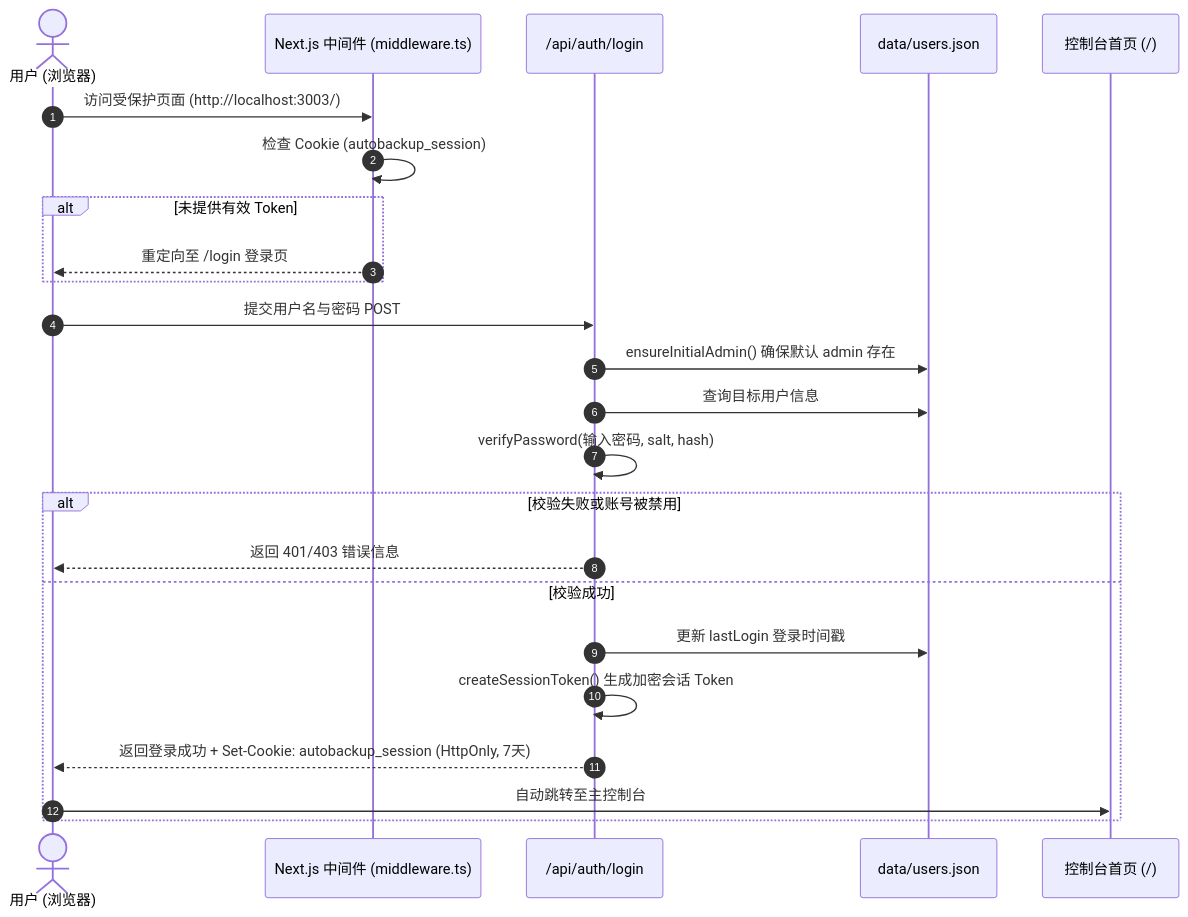
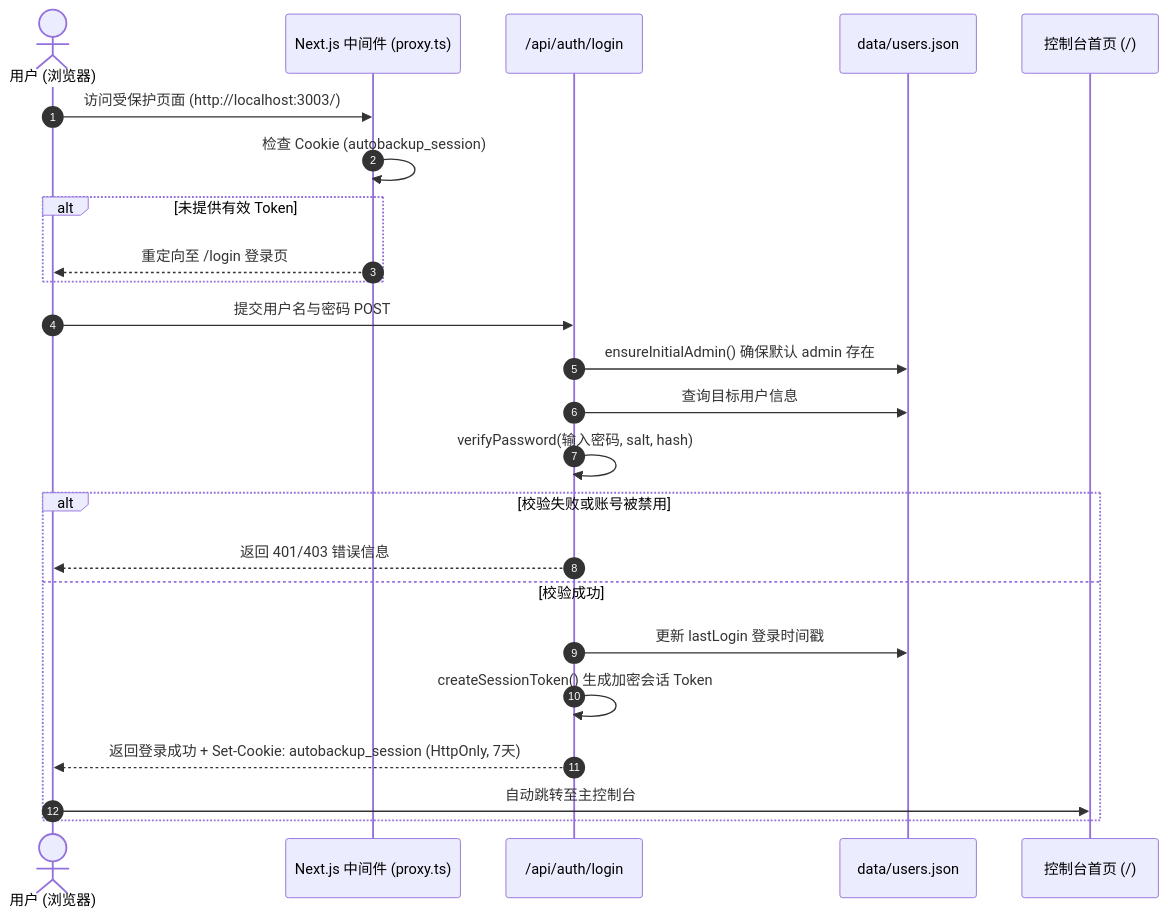
Before and after one commit to weiyang0903/autobackup: the first of 2 diagrams in docs/AUTHENTICATION_AND_USER_MANAGEMENT.md, drawn with Mermaid. The commit also changed other lines of this file and 16 other files, not shown here.

````diff
--- a/docs/AUTHENTICATION_AND_USER_MANAGEMENT.md
+++ b/docs/AUTHENTICATION_AND_USER_MANAGEMENT.md
@@ -40,28 +40,28 @@
 ```mermaid
 sequenceDiagram
     autonumber
     actor User as 用户 (浏览器)
-    participant MW as Next.js 中间件 (middleware.ts)
+    participant MW as Next.js 中间件 (proxy.ts)
     participant AuthAPI as /api/auth/login
     participant Storage as data/users.json
     participant Page as 控制台首页 (/)
 
     User->>MW: 访问受保护页面 (http://localhost:3003/)
     MW->>MW: 检查 Cookie (autobackup_session)
     alt 未提供有效 Token
         MW-->>User: 重定向至 /login 登录页
     end
 
     User->>AuthAPI: 提交用户名与密码 POST
     AuthAPI->>Storage: ensureInitialAdmin() 确保默认 admin 存在
     AuthAPI->>Storage: 查询目标用户信息
     AuthAPI->>AuthAPI: verifyPassword(输入密码, salt, hash)
     alt 校验失败或账号被禁用
         AuthAPI-->>User: 返回 401/403 错误信息
     else 校验成功
         AuthAPI->>Storage: 更新 lastLogin 登录时间戳
         AuthAPI->>AuthAPI: createSessionToken() 生成加密会话 Token
         AuthAPI-->>User: 返回登录成功 + Set-Cookie: autobackup_session (HttpOnly, 7天)
         User->>Page: 自动跳转至主控制台
     end
 ```
````
